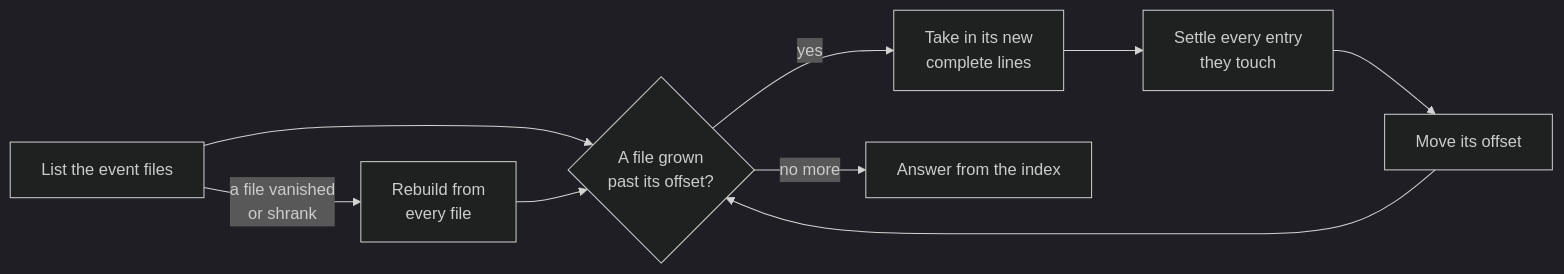
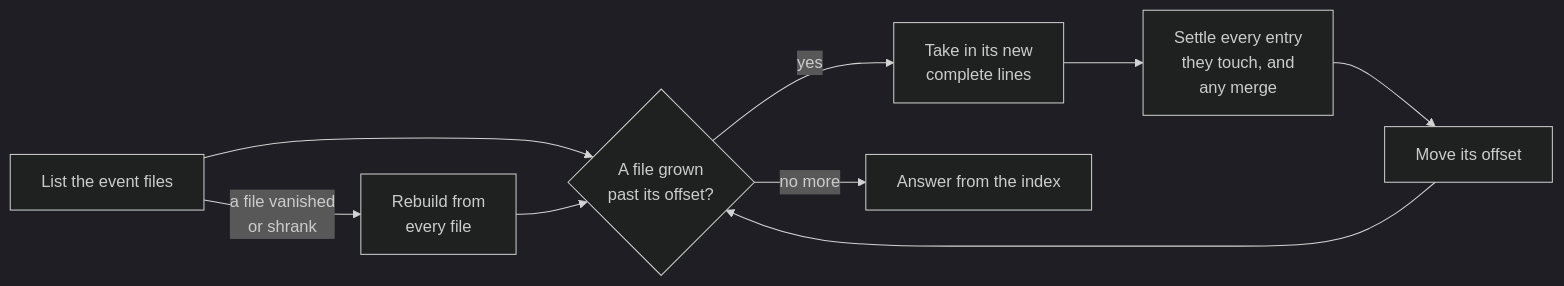
The second of 2 diagrams in docs/core-module.md (Velrea/AI.Brain), drawn with Mermaid (dark theme) before and after one commit. The commit also changed other lines of this file and 34 other files, not shown here.

````diff
--- a/docs/core-module.md
+++ b/docs/core-module.md
@@ -94,11 +109,11 @@
 ```mermaid
 flowchart LR
     list["List the event files"] --> grown{"A file grown<br/>past its offset?"}
     list -- "a file vanished<br/>or shrank" --> rebuild["Rebuild from<br/>every file"]
     rebuild --> grown
     grown -- yes --> take["Take in its new<br/>complete lines"]
-    take --> settle["Settle every entry<br/>they touch"]
+    take --> settle["Settle every entry<br/>they touch, and<br/>any merge"]
     settle --> offset["Move its offset"]
     offset --> grown
     grown -- "no more" --> answer["Answer from the index"]
 ```
````
